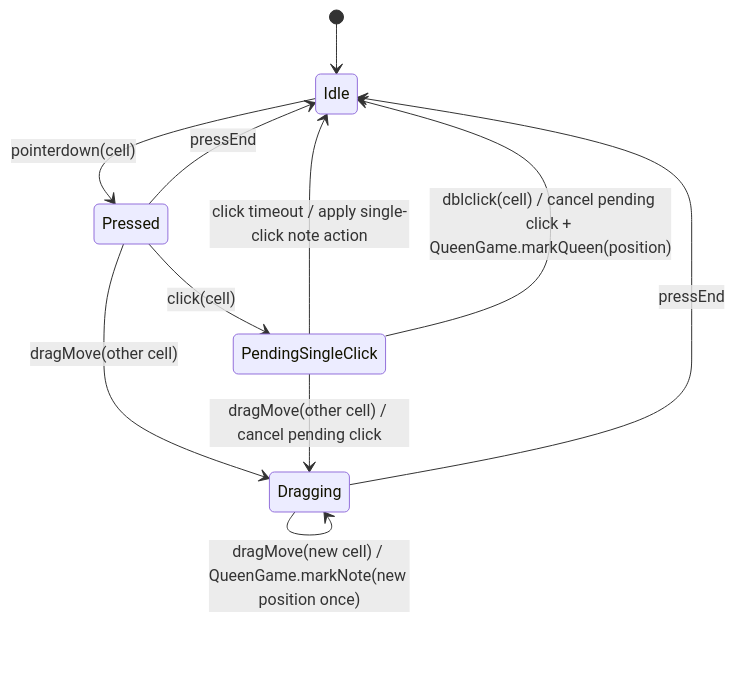
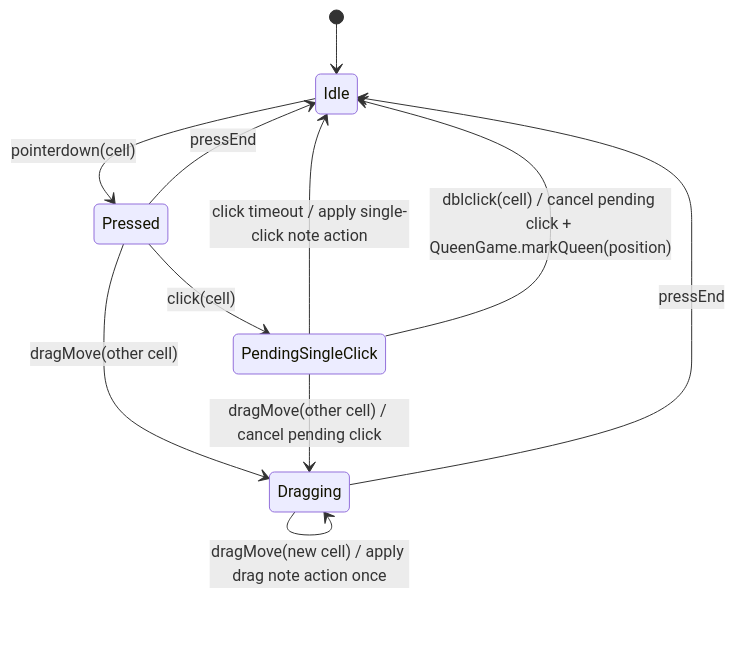
Before and after one commit to clhuang224/queener: the diagram in AGENTS.md, drawn with Mermaid. The commit also changed other lines of this file and 4 other files, not shown here.

First line of the commit message:
fix(game): respect drag note direction

````diff
--- a/AGENTS.md
+++ b/AGENTS.md
@@ -304,16 +304,16 @@
 ```mermaid
 stateDiagram-v2
   [*] --> Idle
 
   Idle --> Pressed: pointerdown(cell)
   Pressed --> PendingSingleClick: click(cell)
   Pressed --> Dragging: dragMove(other cell)
   Pressed --> Idle: pressEnd
 
   PendingSingleClick --> Idle: click timeout / apply single-click note action
   PendingSingleClick --> Idle: dblclick(cell) / cancel pending click + QueenGame.markQueen(position)
   PendingSingleClick --> Dragging: dragMove(other cell) / cancel pending click
 
-  Dragging --> Dragging: dragMove(new cell) / QueenGame.markNote(new position once)
+  Dragging --> Dragging: dragMove(new cell) / apply drag note action once
   Dragging --> Idle: pressEnd
 ```
````
